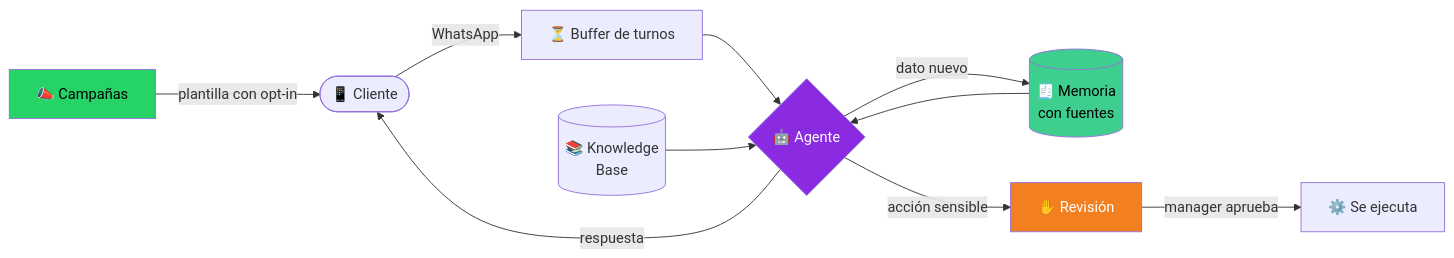
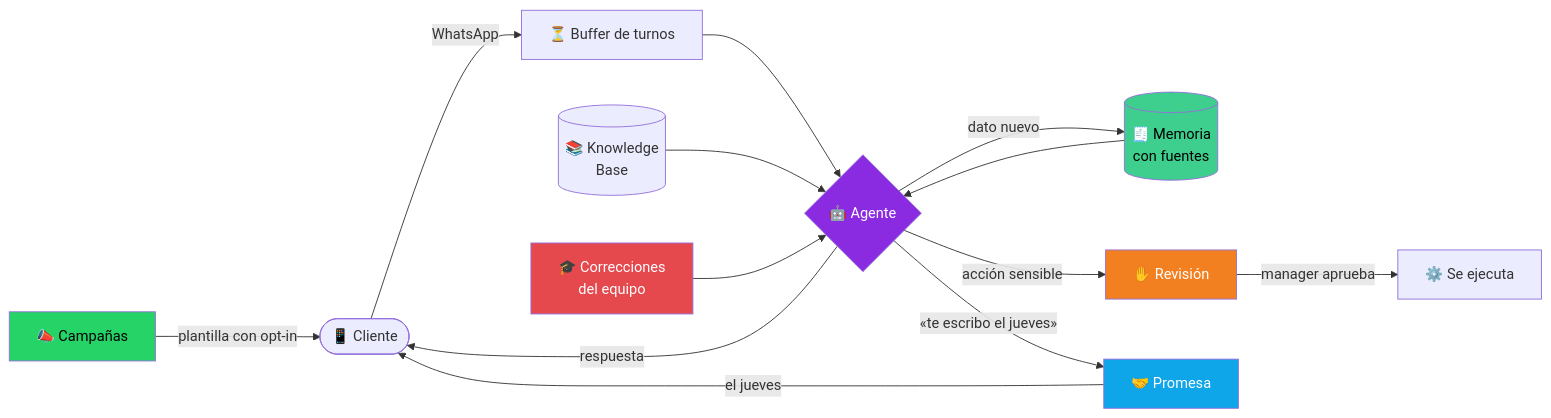
Before and after one commit to grancobud/arm-whatsapp: the first of 17 diagrams in README.md, drawn with Mermaid. The commit also changed other lines of this file, not shown here.

First line of the commit message:
docs: README con todas las funciones del ARM

````diff
--- a/README.md
+++ b/README.md
@@ -41,17 +47,22 @@
 ```mermaid
 flowchart LR
     C([📱 Cliente]) -->|WhatsApp| B[⏳ Buffer de turnos]
     B --> A{🤖 Agente}
     M[(🧾 Memoria<br/>con fuentes)] --> A
     K[(📚 Knowledge<br/>Base)] --> A
     A -->|respuesta| C
     A -->|acción sensible| R[✋ Revisión]
     R -->|manager aprueba| X[⚙️ Se ejecuta]
     A -->|dato nuevo| M
     CA[📣 Campañas] -->|plantilla con opt-in| C
+    A -->|«te escribo el jueves»| P[🤝 Promesa]
+    P -->|el jueves| C
+    E[🎓 Correcciones<br/>del equipo] --> A
 
     style A fill:#8A2BE2,color:#fff
     style R fill:#F38020,color:#fff
     style M fill:#3ECF8E,color:#000
     style CA fill:#25D366,color:#000
+    style P fill:#0EA5E9,color:#fff
+    style E fill:#E5484D,color:#fff
 ```
````
